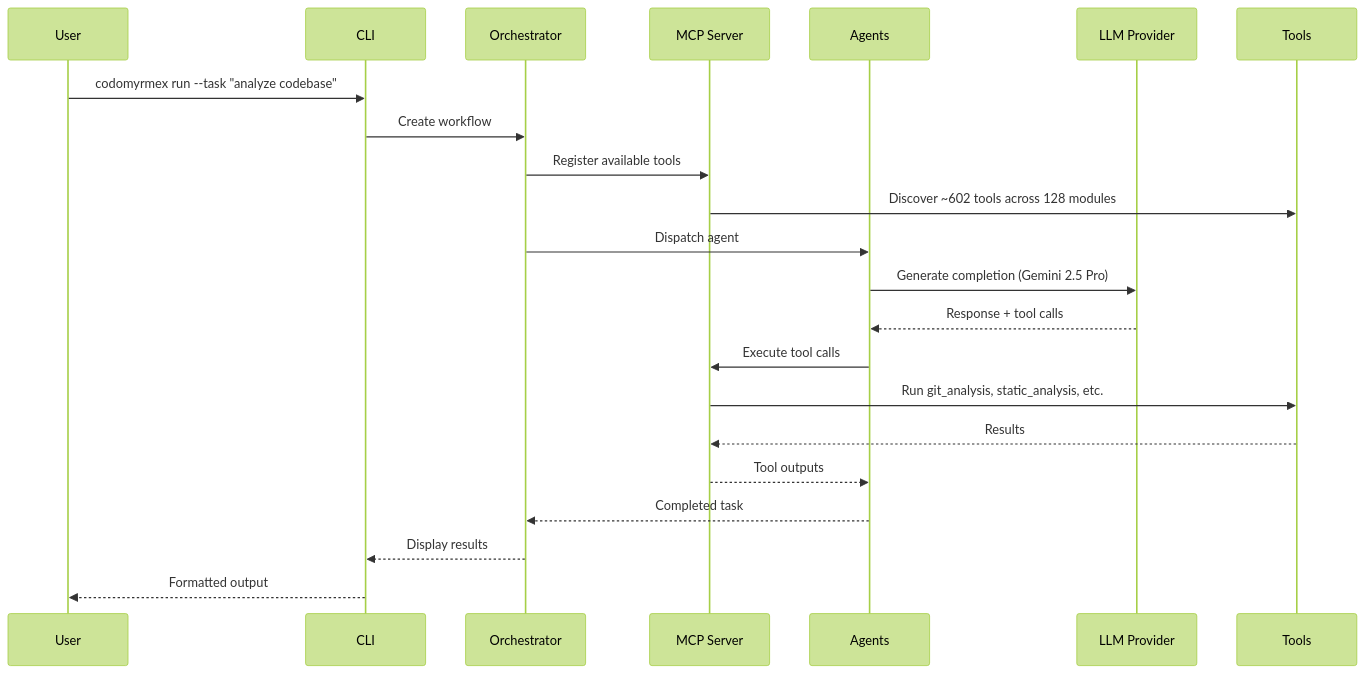
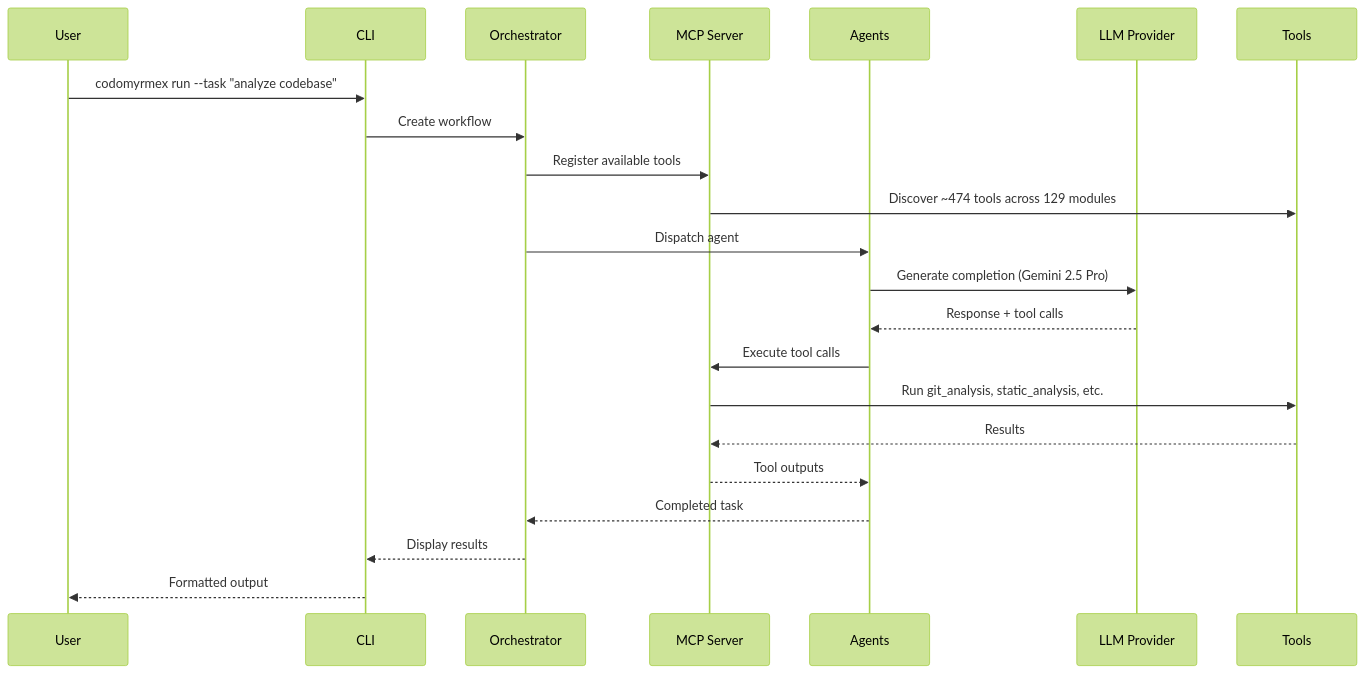
Before and after one commit to docxology/codomyrmex: the third of 7 diagrams in .github/README.md, drawn with Mermaid (forest theme). The commit also changed other lines of this file and 37 other files, not shown here.

````diff
--- a/.github/README.md
+++ b/.github/README.md
@@ -424,25 +424,25 @@
 ```mermaid
 sequenceDiagram
     participant User
     participant CLI
     participant Orchestrator
     participant MCP as MCP Server
     participant Agents
     participant LLM as LLM Provider
     participant Tools
 
     User->>CLI: codomyrmex run --task "analyze codebase"
     CLI->>Orchestrator: Create workflow
     Orchestrator->>MCP: Register available tools
-    MCP->>Tools: Discover ~602 tools across 128 modules
+    MCP->>Tools: Discover ~474 tools across 129 modules
     Orchestrator->>Agents: Dispatch agent
     Agents->>LLM: Generate completion (Gemini 2.5 Pro)
     LLM-->>Agents: Response + tool calls
     Agents->>MCP: Execute tool calls
     MCP->>Tools: Run git_analysis, static_analysis, etc.
     Tools-->>MCP: Results
     MCP-->>Agents: Tool outputs
     Agents-->>Orchestrator: Completed task
     Orchestrator-->>CLI: Display results
     CLI-->>User: Formatted output
 ```
````
